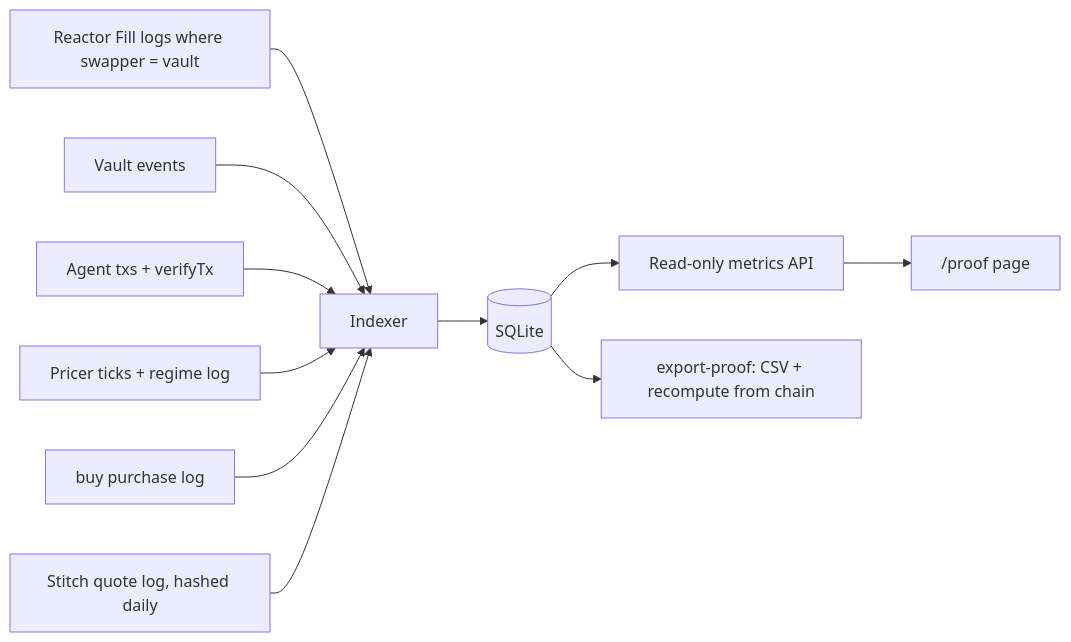
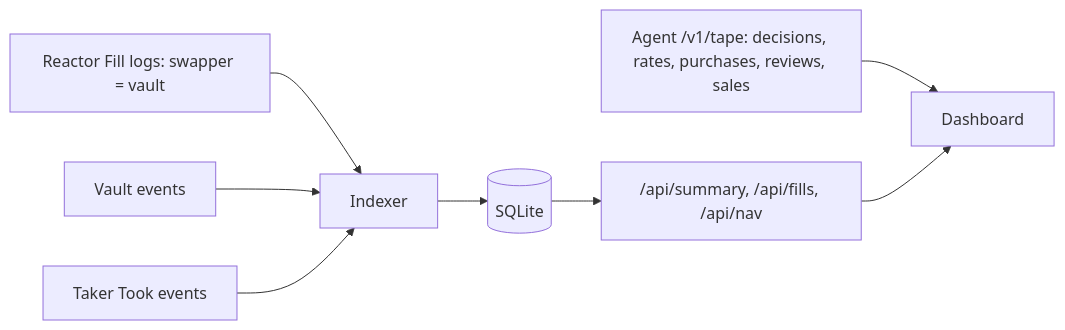
One commit to Kanasjnr/naira-desk changed the tenth of 11 diagrams in docs/ARCHITECTURE.md. Above: the diagram before and after it, drawn with Mermaid. The commit also changed other lines of this file and 1 other file, not shown here.

````diff
--- a/docs/ARCHITECTURE.md
+++ b/docs/ARCHITECTURE.md
@@ -444,13 +412,10 @@
 ```mermaid
 flowchart LR
-  RE["Reactor Fill logs where swapper = vault"] --> IX["Indexer"]
+  RF["Reactor Fill logs: swapper = vault"] --> IX["Indexer"]
   VE["Vault events"] --> IX
-  AT["Agent txs + verifyTx"] --> IX
-  PZ["Pricer ticks + regime log"] --> IX
-  BY["buy purchase log"] --> IX
-  SL["Stitch quote log, hashed daily"] --> IX
+  TK["Taker Took events"] --> IX
   IX --> DB[("SQLite")]
-  DB --> API["Read-only metrics API"]
-  API --> PROOF["/proof page"]
-  DB --> EXP["export-proof: CSV + recompute from chain"]
+  DB --> API["/api/summary, /api/fills, /api/nav"]
+  TAPE["Agent /v1/tape: decisions, rates, purchases, reviews, sales"] --> WEB["Dashboard"]
+  API --> WEB
 ```
````
